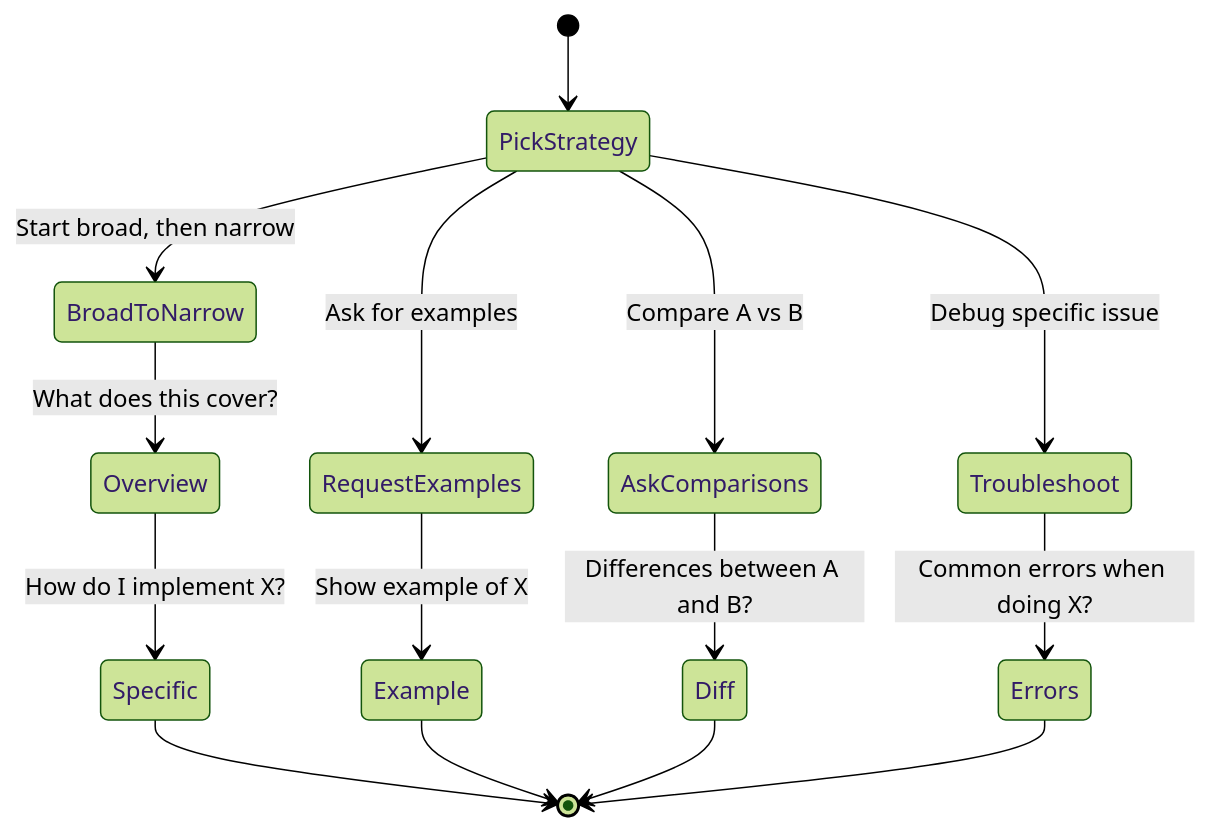
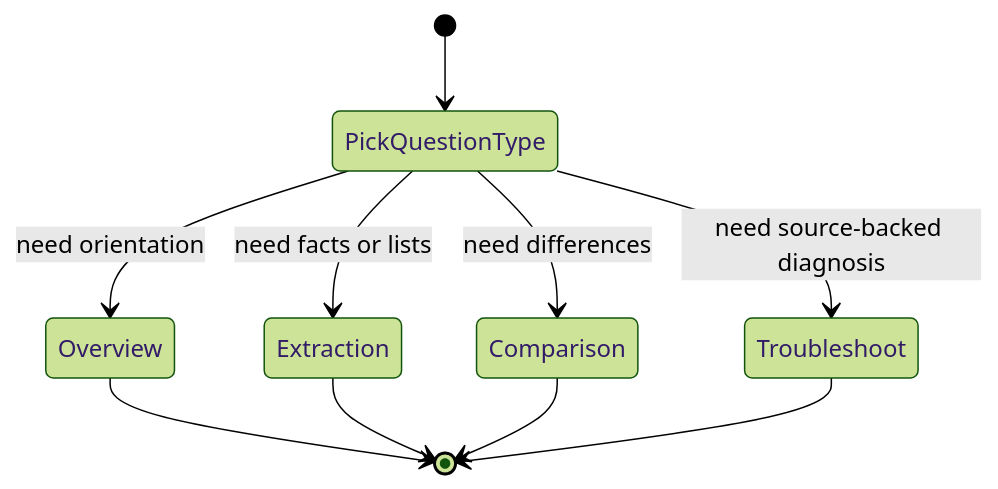
Before and after one commit to khengyun/notebooklm-experts-skill: the sixth of 10 diagrams in references/best-practices.md, drawn with Mermaid (forest theme). The commit also changed other lines of this file and 23 other files, not shown here.

````diff
--- a/references/best-practices.md
+++ b/references/best-practices.md
@@ -64,23 +117,15 @@
 ```mermaid
 stateDiagram-v2
-    [*] --> PickStrategy
+    [*] --> PickQuestionType
 
-    state PickStrategy <<choice>>
-    PickStrategy --> BroadToNarrow: Start broad, then narrow
-    PickStrategy --> RequestExamples: Ask for examples
-    PickStrategy --> AskComparisons: Compare A vs B
-    PickStrategy --> Troubleshoot: Debug specific issue
+    state PickQuestionType <<choice>>
+    PickQuestionType --> Overview: need orientation
+    PickQuestionType --> Extraction: need facts or lists
+    PickQuestionType --> Comparison: need differences
+    PickQuestionType --> Troubleshoot: need source-backed diagnosis
 
-    BroadToNarrow --> Overview: What does this cover?
-    Overview --> Specific: How do I implement X?
-    Specific --> [*]
-
-    RequestExamples --> Example: Show example of X
-    Example --> [*]
-
-    AskComparisons --> Diff: Differences between A and B?
-    Diff --> [*]
-
-    Troubleshoot --> Errors: Common errors when doing X?
-    Errors --> [*]
+    Overview --> [*]
+    Extraction --> [*]
+    Comparison --> [*]
+    Troubleshoot --> [*]
 ```
````
